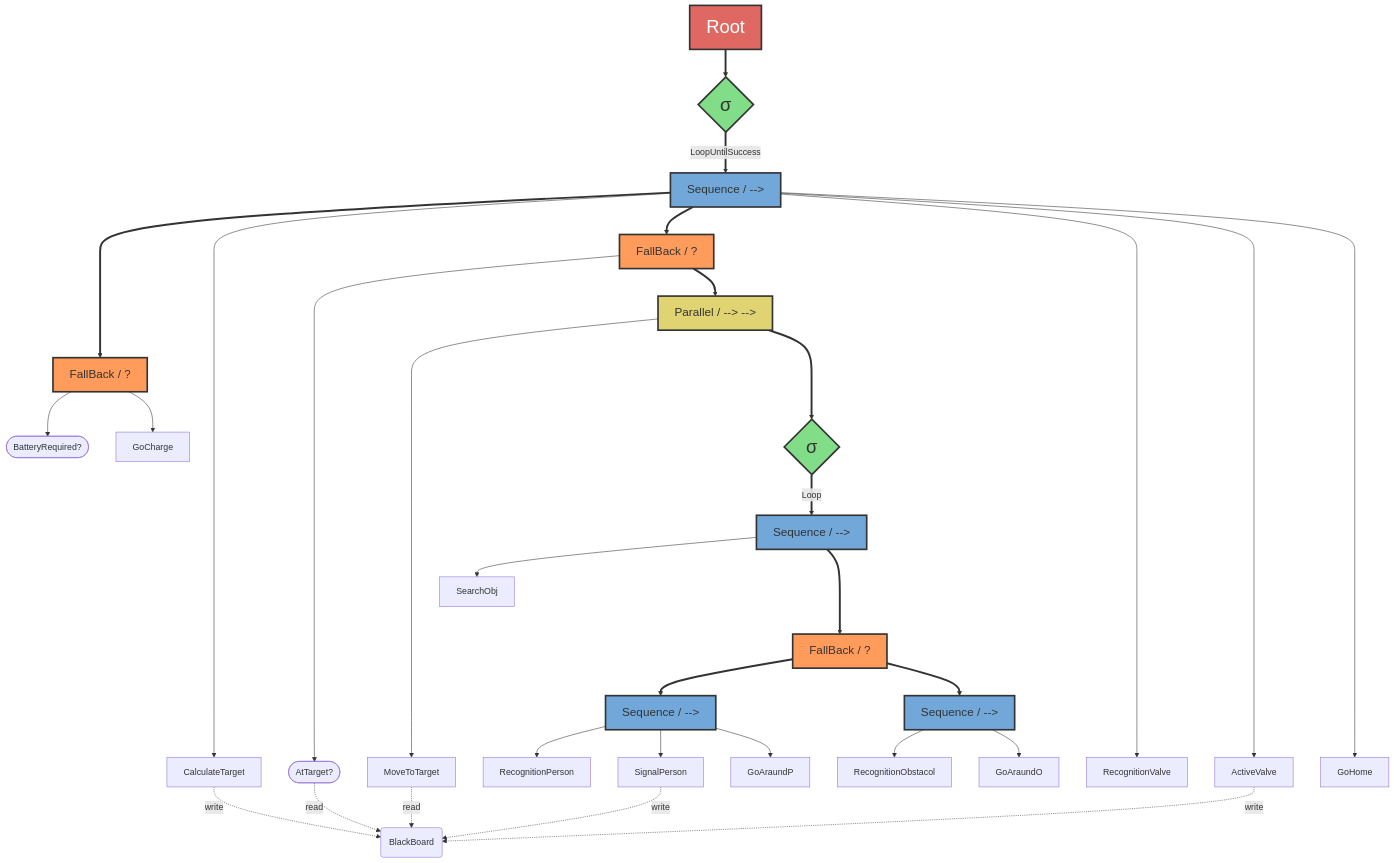
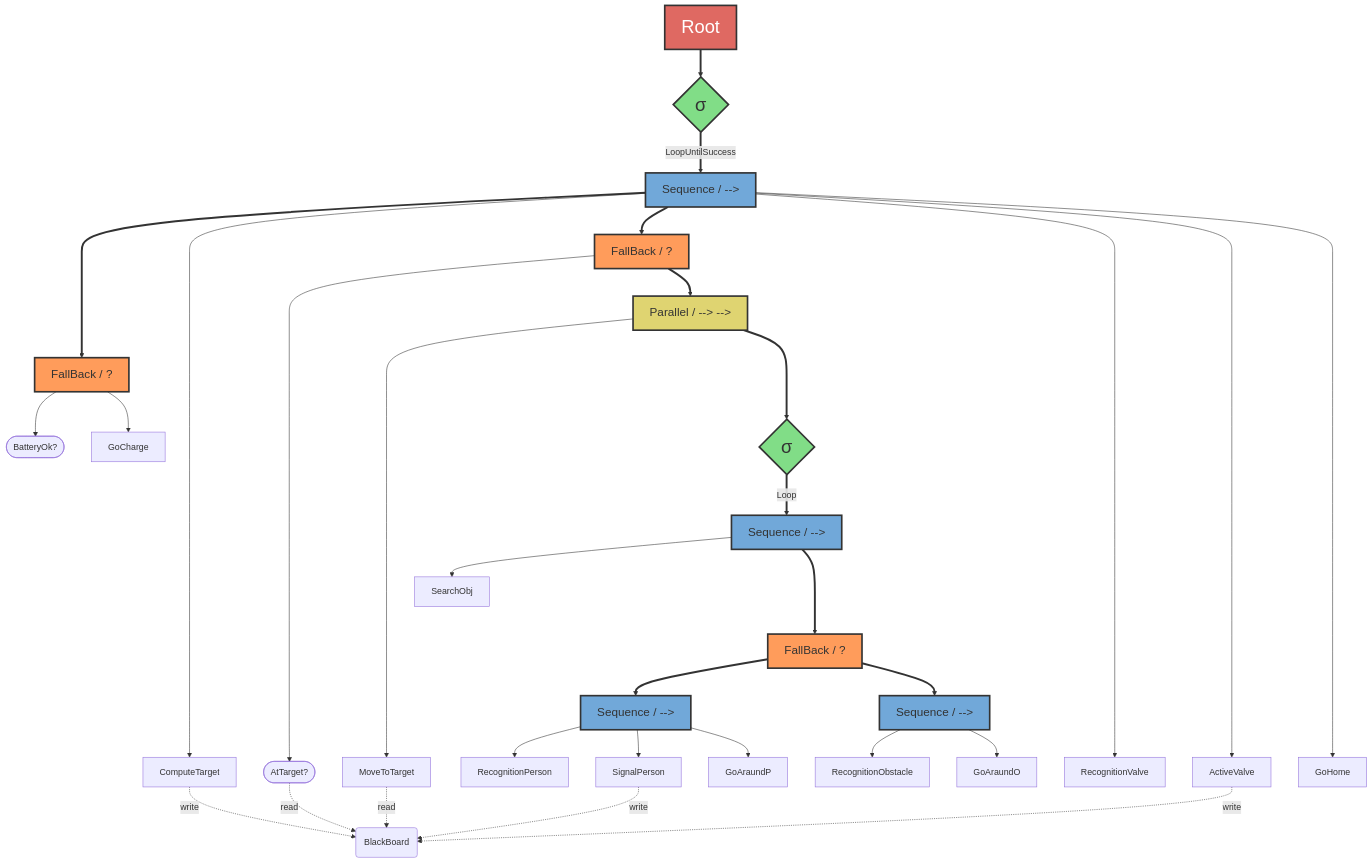
The diagram in documentation/BTree/bTree.md (Samu-Cast/Robotica_25), drawn with Mermaid before and after one commit. The commit also changed 4 other files, not shown here.

````diff
--- a/documentation/BTree/bTree.md
+++ b/documentation/BTree/bTree.md
@@ -1,61 +1,61 @@
 ```mermaid
 
 
 flowchart TD
     Root[Root] ==> Decorator0{σ}
     Decorator0 ==LoopUntilSuccess==> Sequence0
     Sequence0[Sequence / -->] ====> FallBack0[FallBack / ?]
-    FallBack0 --> ConditionBatt([BatteryRequired?])
+    FallBack0 --> ConditionBatt([BatteryOk?])
     FallBack0 --> ActionBatt[GoCharge]
 
-    Sequence0 --> CalcolaTarget[CalculateTarget]
-    CalcolaTarget -.write.-> BlackBoard(BlackBoard)
+    Sequence0 --> ComputeTarget[ComputeTarget]
+    ComputeTarget -.write.-> BlackBoard(BlackBoard)
     Sequence0 ==> FallBack1[FallBack / ?]
     FallBack1 --> InPosizione([AtTarget?])
     InPosizione -.read.-> BlackBoard
     FallBack1 ==> Parallel0[Parallel / --> -->]
     Parallel0 --> RaggiungiTarget[MoveToTarget]
     RaggiungiTarget -.read.-> BlackBoard
     Parallel0 ===> Decorator1{σ}
     Decorator1 ==Loop==> Sequence1[Sequence / -->]
     Sequence1 --> SearchObj[SearchObj]
     Sequence1 ===> FallBack2[FallBack / ?]
     FallBack2 ==>Sequence2[Sequence / -->]
     FallBack2 ==>Sequence3[Sequence / -->]
     Sequence2 --> RecognitionAction[RecognitionPerson]
     Sequence2 --> SignalAction[SignalPerson]
     SignalAction -.write.-> BlackBoard
     Sequence2 --> GoAraund[GoAraundP]
-    Sequence3 --> RecognitionAction2[RecognitionObstacol]
+    Sequence3 --> RecognitionAction2[RecognitionObstacle]
     Sequence3 --> GoAraund2[GoAraundO]
 
      
     Sequence0 ----------> RecognitionAction3[RecognitionValve]
     Sequence0 ------> ActiveValve[ActiveValve]
     Sequence0 ----------> GoHome[GoHome]
     ActiveValve -.write.-> BlackBoard
     
     
     
     
 
 
 style Root fill:#DF6962,stroke:#333,stroke-width:3px, font-size:25pt, color:#fff;
 
 
 
 style Decorator0  fill:#81DD87,stroke:#333,stroke-width:3px, font-size:25pt;
 style Decorator1  fill:#81DD87,stroke:#333,stroke-width:3px, font-size:25pt;
 style Parallel0  fill:#DFD471,stroke:#333,stroke-width:3px, font-size:16pt;
 style Sequence0  fill:#71A8D9,stroke:#333,stroke-width:3px, font-size:16pt;
 style Sequence1  fill:#71A8D9,stroke:#333,stroke-width:3px, font-size:16pt;
 style Sequence2  fill:#71A8D9,stroke:#333,stroke-width:3px, font-size:16pt;
 style Sequence3  fill:#71A8D9,stroke:#333,stroke-width:3px, font-size:16pt;
 
 style FallBack0 fill:#FF9C5B,stroke:#333,stroke-width:3px, font-size:16pt;
 style FallBack1 fill:#FF9C5B,stroke:#333,stroke-width:3px, font-size:16pt;
 style FallBack2 fill:#FF9C5B,stroke:#333,stroke-width:3px, font-size:16pt;
 
 
 
 ```
````
